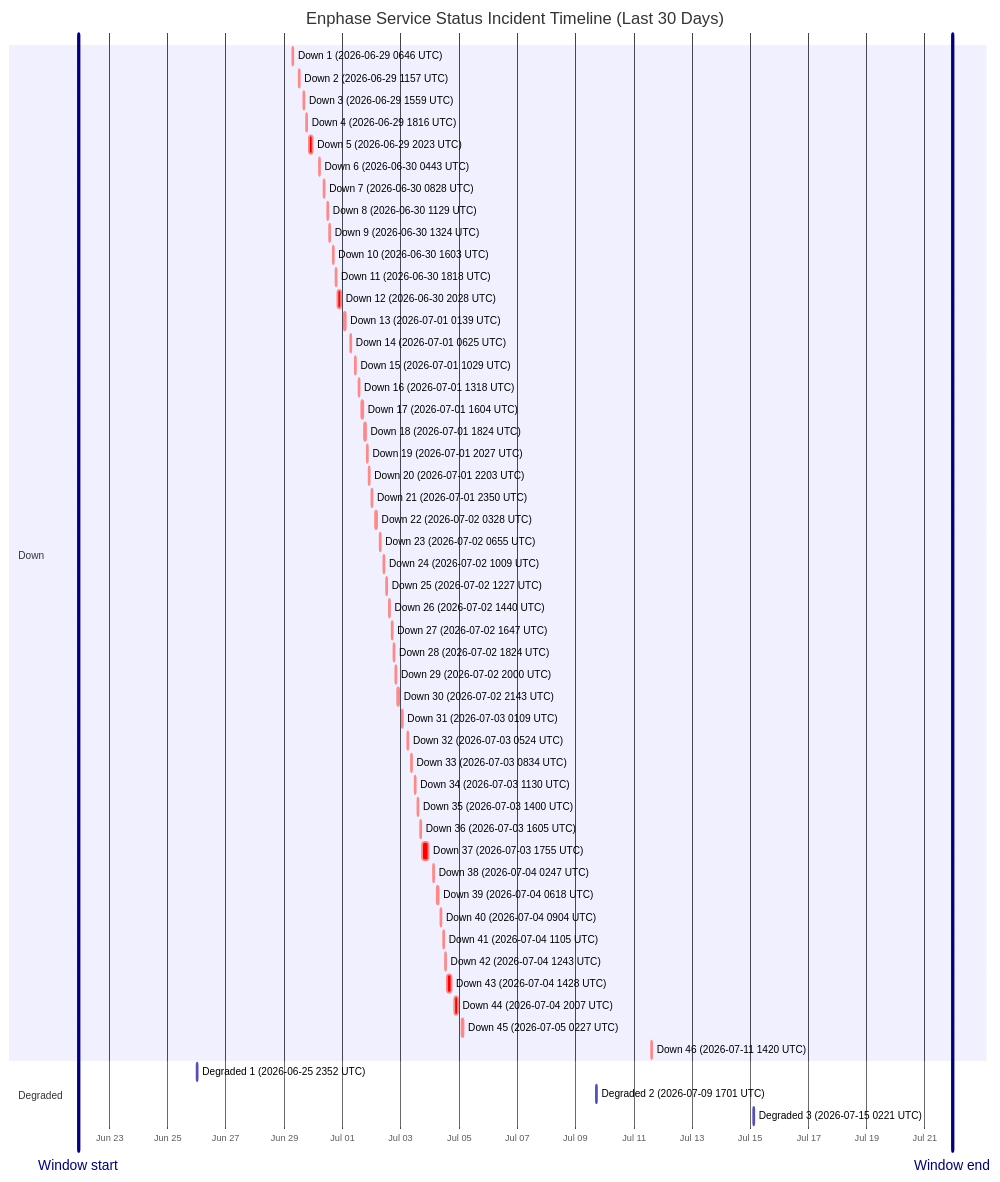
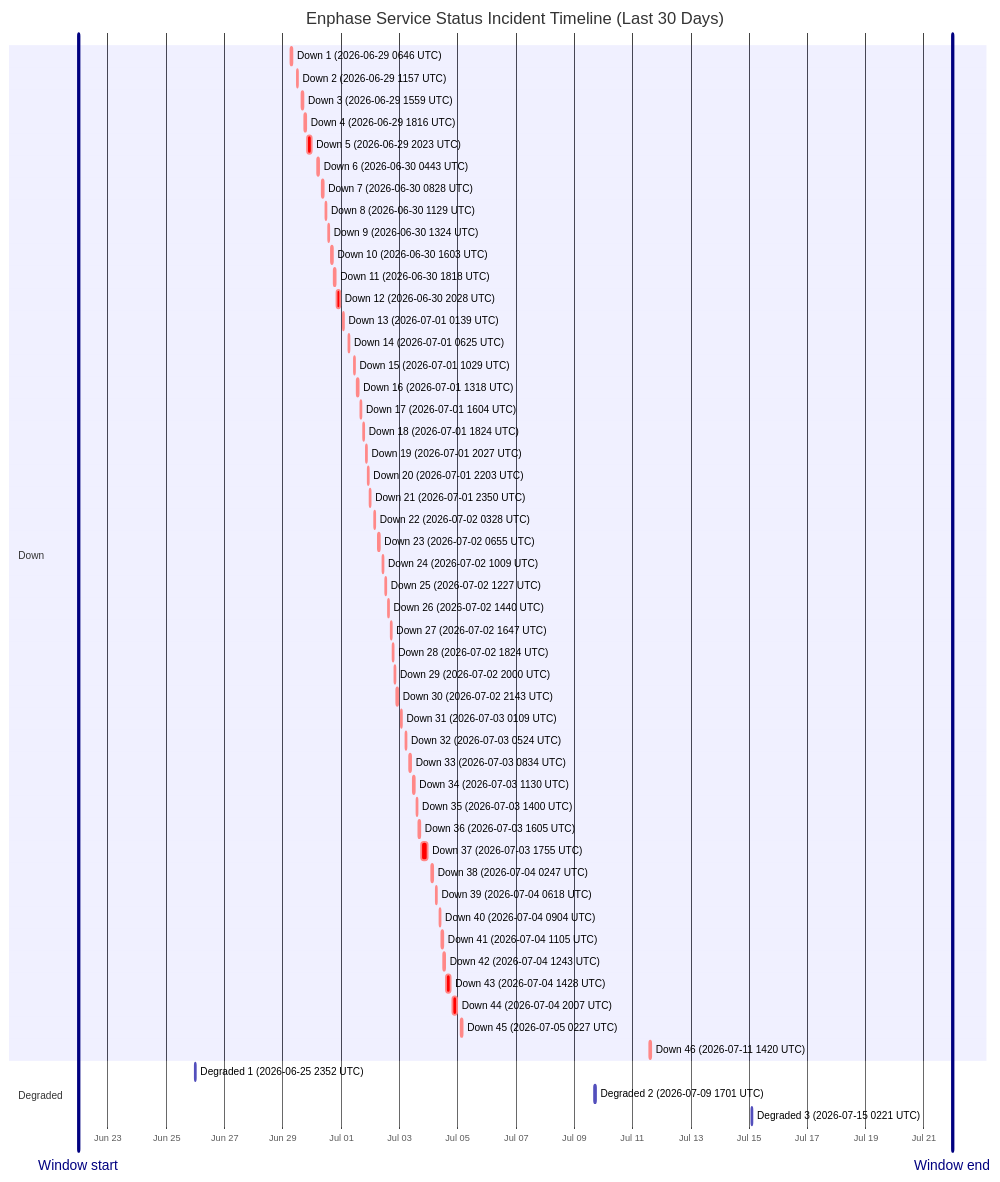
One commit to barneyonline/ha-enphase-energy changed the diagram in wiki/Service-Status-History.md. Above: the diagram before and after it, drawn with Mermaid. The commit also changed other lines of this file and 3 other files, not shown here.

````diff
--- a/wiki/Service-Status-History.md
+++ b/wiki/Service-Status-History.md
@@ -14,59 +14,59 @@
 ```mermaid
 gantt
     title Enphase Service Status Incident Timeline (Last 30 Days)
     dateFormat  YYYY-MM-DDTHH:mm:ss
     axisFormat  %b %d
-    Window start :vert, window-start, 2026-06-21T22:26:21, 0ms
-    Window end :vert, window-end, 2026-07-21T22:26:21, 0ms
+    Window start :vert, window-start, 2026-06-21T23:28:39, 0ms
+    Window end :vert, window-end, 2026-07-21T23:28:39, 0ms
     section Down
     Down 1 (2026-06-29 0646 UTC) :crit, down-1, 2026-06-29T06:46:18, 60m
     Down 2 (2026-06-29 1157 UTC) :crit, down-2, 2026-06-29T11:57:36, 60m
     Down 3 (2026-06-29 1559 UTC) :crit, down-3, 2026-06-29T15:59:02, 60m
     Down 4 (2026-06-29 1816 UTC) :crit, down-4, 2026-06-29T18:16:38, 60m
     Down 5 (2026-06-29 2023 UTC) :crit, down-5, 2026-06-29T20:23:16, 220m
     Down 6 (2026-06-30 0443 UTC) :crit, down-6, 2026-06-30T04:43:54, 60m
     Down 7 (2026-06-30 0828 UTC) :crit, down-7, 2026-06-30T08:28:43, 60m
     Down 8 (2026-06-30 1129 UTC) :crit, down-8, 2026-06-30T11:29:15, 60m
     Down 9 (2026-06-30 1324 UTC) :crit, down-9, 2026-06-30T13:24:25, 60m
     Down 10 (2026-06-30 1603 UTC) :crit, down-10, 2026-06-30T16:03:26, 60m
     Down 11 (2026-06-30 1818 UTC) :crit, down-11, 2026-06-30T18:18:39, 60m
     Down 12 (2026-06-30 2028 UTC) :crit, down-12, 2026-06-30T20:28:54, 171m
     Down 13 (2026-07-01 0139 UTC) :crit, down-13, 2026-07-01T01:39:18, 60m
     Down 14 (2026-07-01 0625 UTC) :crit, down-14, 2026-07-01T06:25:35, 60m
     Down 15 (2026-07-01 1029 UTC) :crit, down-15, 2026-07-01T10:29:24, 60m
     Down 16 (2026-07-01 1318 UTC) :crit, down-16, 2026-07-01T13:18:31, 60m
     Down 17 (2026-07-01 1604 UTC) :crit, down-17, 2026-07-01T16:04:29, 60m
     Down 18 (2026-07-01 1824 UTC) :crit, down-18, 2026-07-01T18:24:21, 60m
     Down 19 (2026-07-01 2027 UTC) :crit, down-19, 2026-07-01T20:27:17, 60m
     Down 20 (2026-07-01 2203 UTC) :crit, down-20, 2026-07-01T22:03:46, 60m
     Down 21 (2026-07-01 2350 UTC) :crit, down-21, 2026-07-01T23:50:52, 60m
     Down 22 (2026-07-02 0328 UTC) :crit, down-22, 2026-07-02T03:28:33, 60m
     Down 23 (2026-07-02 0655 UTC) :crit, down-23, 2026-07-02T06:55:07, 60m
     Down 24 (2026-07-02 1009 UTC) :crit, down-24, 2026-07-02T10:09:15, 60m
     Down 25 (2026-07-02 1227 UTC) :crit, down-25, 2026-07-02T12:27:49, 60m
     Down 26 (2026-07-02 1440 UTC) :crit, down-26, 2026-07-02T14:40:53, 60m
     Down 27 (2026-07-02 1647 UTC) :crit, down-27, 2026-07-02T16:47:47, 60m
     Down 28 (2026-07-02 1824 UTC) :crit, down-28, 2026-07-02T18:24:26, 60m
     Down 29 (2026-07-02 2000 UTC) :crit, down-29, 2026-07-02T20:00:57, 60m
     Down 30 (2026-07-02 2143 UTC) :crit, down-30, 2026-07-02T21:43:52, 80m
     Down 31 (2026-07-03 0109 UTC) :crit, down-31, 2026-07-03T01:09:19, 60m
     Down 32 (2026-07-03 0524 UTC) :crit, down-32, 2026-07-03T05:24:23, 60m
     Down 33 (2026-07-03 0834 UTC) :crit, down-33, 2026-07-03T08:34:05, 60m
     Down 34 (2026-07-03 1130 UTC) :crit, down-34, 2026-07-03T11:30:41, 60m
     Down 35 (2026-07-03 1400 UTC) :crit, down-35, 2026-07-03T14:00:48, 60m
     Down 36 (2026-07-03 1605 UTC) :crit, down-36, 2026-07-03T16:05:49, 60m
     Down 37 (2026-07-03 1755 UTC) :crit, down-37, 2026-07-03T17:55:54, 338m
     Down 38 (2026-07-04 0247 UTC) :crit, down-38, 2026-07-04T02:47:22, 60m
     Down 39 (2026-07-04 0618 UTC) :crit, down-39, 2026-07-04T06:18:09, 60m
     Down 40 (2026-07-04 0904 UTC) :crit, down-40, 2026-07-04T09:04:41, 60m
     Down 41 (2026-07-04 1105 UTC) :crit, down-41, 2026-07-04T11:05:21, 60m
     Down 42 (2026-07-04 1243 UTC) :crit, down-42, 2026-07-04T12:43:25, 60m
     Down 43 (2026-07-04 1428 UTC) :crit, down-43, 2026-07-04T14:28:07, 243m
     Down 44 (2026-07-04 2007 UTC) :crit, down-44, 2026-07-04T20:07:50, 206m
     Down 45 (2026-07-05 0227 UTC) :crit, down-45, 2026-07-05T02:27:32, 109m
     Down 46 (2026-07-11 1420 UTC) :crit, down-46, 2026-07-11T14:20:54, 69m
     section Degraded
     Degraded 1 (2026-06-25 2352 UTC) :active, degraded-1, 2026-06-25T23:52:01, 60m
     Degraded 2 (2026-07-09 1701 UTC) :active, degraded-2, 2026-07-09T17:01:02, 60m
     Degraded 3 (2026-07-15 0221 UTC) :active, degraded-3, 2026-07-15T02:21:35, 60m
 ```
````
